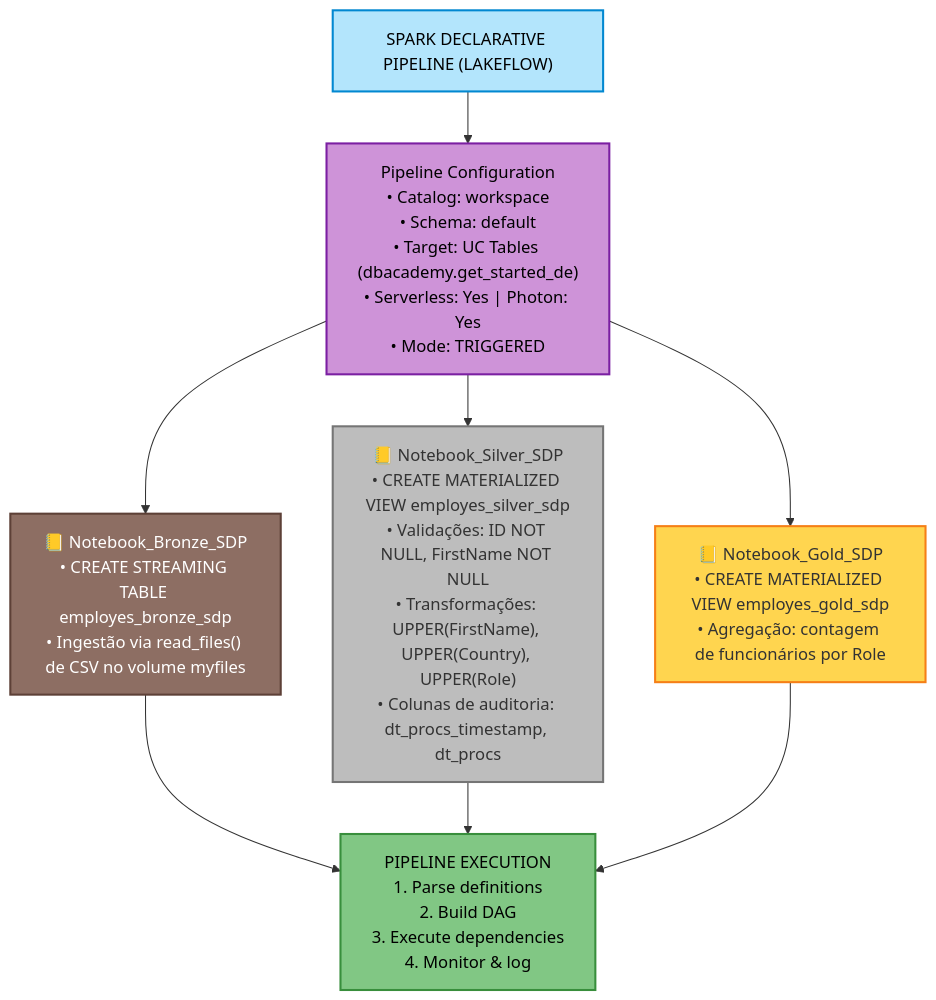
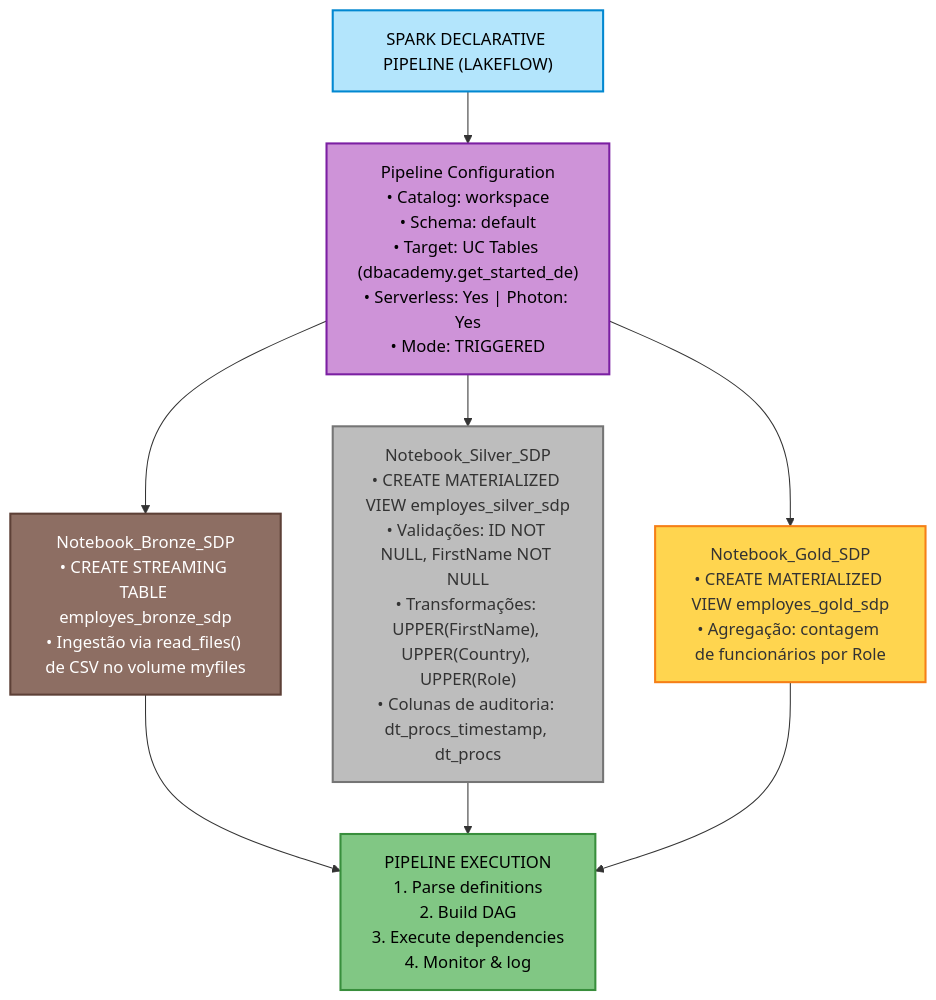
Before and after one commit to flrmedeiros78/Databricks: the fourth of 6 diagrams in 01_Get_Started_with_Data_Engineering/README.md, drawn with Mermaid.

Commit message:
docs: remover emoji do README 01
Removidos 3 emoji 📒 do fluxograma Mermaid do SDP no README

````diff
--- a/01_Get_Started_with_Data_Engineering/README.md
+++ b/01_Get_Started_with_Data_Engineering/README.md
@@ -224,29 +224,29 @@
 ```mermaid
 flowchart TD
     TITLE["SPARK DECLARATIVE PIPELINE (LAKEFLOW)"]
     
     CONFIG["Pipeline Configuration<br/>• Catalog: workspace<br/>• Schema: default<br/>• Target: UC Tables (dbacademy.get_started_de)<br/>• Serverless: Yes | Photon: Yes<br/>• Mode: TRIGGERED"]
     
-    NB_BRONZE["📒 Notebook_Bronze_SDP<br/>• CREATE STREAMING TABLE employes_bronze_sdp<br/>• Ingestão via read_files() de CSV no volume myfiles"]
+    NB_BRONZE["Notebook_Bronze_SDP<br/>• CREATE STREAMING TABLE employes_bronze_sdp<br/>• Ingestão via read_files() de CSV no volume myfiles"]
     
-    NB_SILVER["📒 Notebook_Silver_SDP<br/>• CREATE MATERIALIZED VIEW employes_silver_sdp<br/>• Validações: ID NOT NULL, FirstName NOT NULL<br/>• Transformações: UPPER(FirstName), UPPER(Country), UPPER(Role)<br/>• Colunas de auditoria: dt_procs_timestamp, dt_procs"]
+    NB_SILVER["Notebook_Silver_SDP<br/>• CREATE MATERIALIZED VIEW employes_silver_sdp<br/>• Validações: ID NOT NULL, FirstName NOT NULL<br/>• Transformações: UPPER(FirstName), UPPER(Country), UPPER(Role)<br/>• Colunas de auditoria: dt_procs_timestamp, dt_procs"]
     
-    NB_GOLD["📒 Notebook_Gold_SDP<br/>• CREATE MATERIALIZED VIEW employes_gold_sdp<br/>• Agregação: contagem de funcionários por Role"]
+    NB_GOLD["Notebook_Gold_SDP<br/>• CREATE MATERIALIZED VIEW employes_gold_sdp<br/>• Agregação: contagem de funcionários por Role"]
     
     EXEC["PIPELINE EXECUTION<br/>1. Parse definitions<br/>2. Build DAG<br/>3. Execute dependencies<br/>4. Monitor & log"]
     
     TITLE --> CONFIG
     CONFIG --> NB_BRONZE
     CONFIG --> NB_SILVER
     CONFIG --> NB_GOLD
     NB_BRONZE --> EXEC
     NB_SILVER --> EXEC
     NB_GOLD --> EXEC
     
     style TITLE fill:#b3e5fc,color:#000,stroke:#0288d1,stroke-width:2px
     style CONFIG fill:#ce93d8,color:#000,stroke:#7b1fa2,stroke-width:2px
     style NB_BRONZE fill:#8d6e63,color:#fff,stroke:#5d4037,stroke-width:2px
     style NB_SILVER fill:#bdbdbd,color:#333,stroke:#757575,stroke-width:2px
     style NB_GOLD fill:#ffd54f,color:#333,stroke:#f57f17,stroke-width:2px
     style EXEC fill:#81c784,color:#000,stroke:#388e3c,stroke-width:2px
 ```
````
